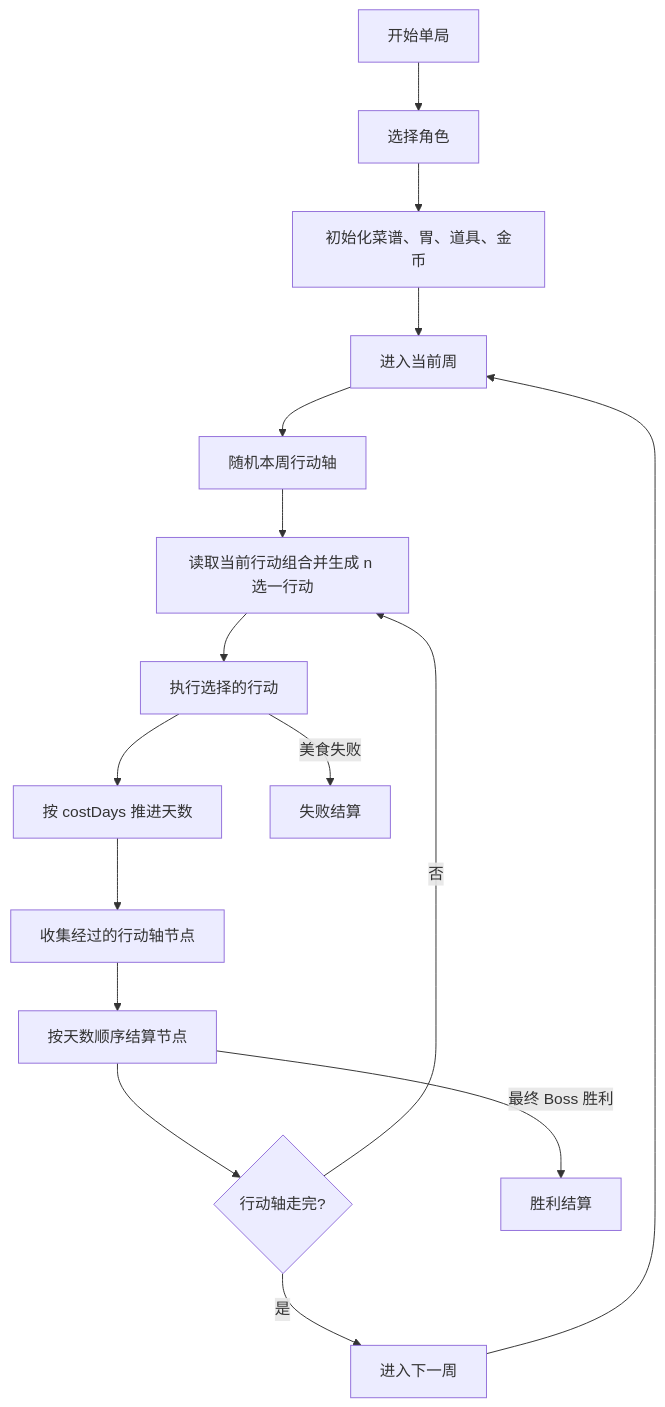
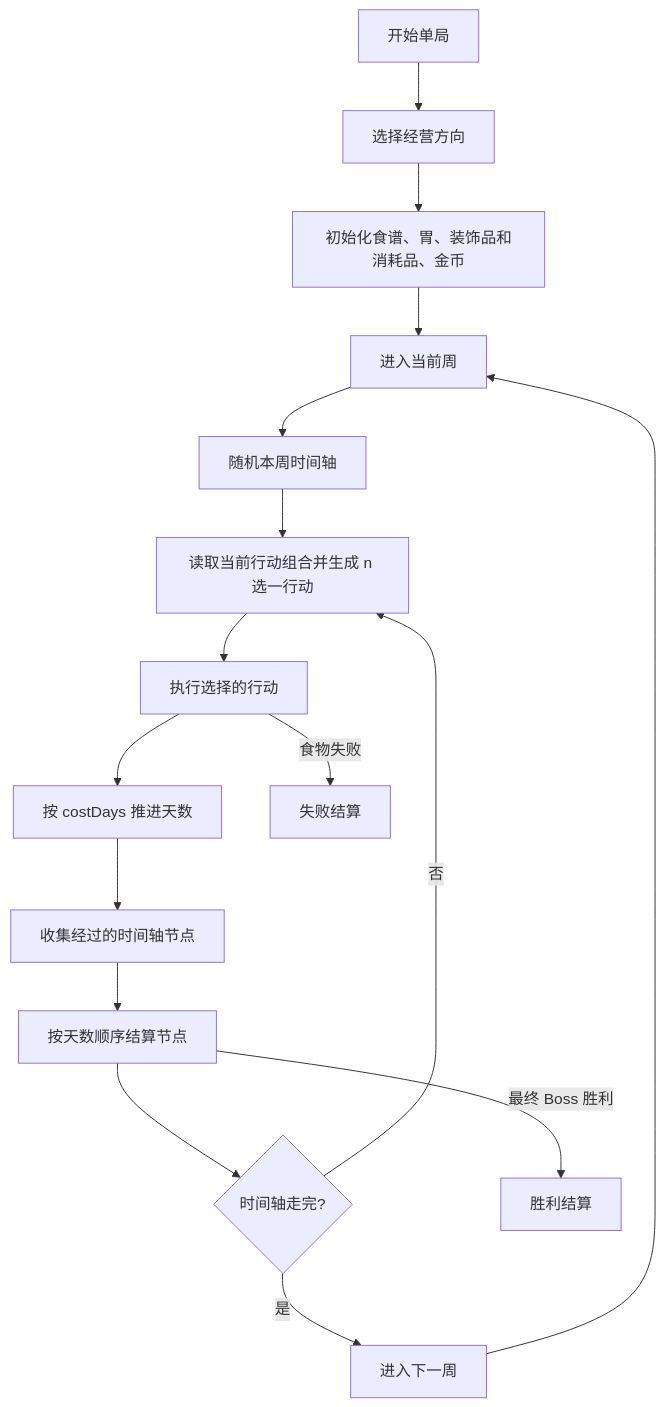
Before and after one commit to 2563495284/gourmetproject: the diagram in GourmetProject/docs/design/游戏设计/核心循环.md, drawn with Mermaid. The commit also changed other lines of this file and 709 other files, not shown here.

````diff
--- a/GourmetProject/docs/design/游戏设计/核心循环.md
+++ b/GourmetProject/docs/design/游戏设计/核心循环.md
@@ -24,18 +24,18 @@
 ```mermaid
 flowchart TD
-  StartRun["开始单局"] --> SelectCharacter["选择角色"]
-  SelectCharacter --> InitRun["初始化菜谱、胃、道具、金币"]
+  StartRun["开始单局"] --> SelectCharacter["选择经营方向"]
+  SelectCharacter --> InitRun["初始化食谱、胃、装饰品和消耗品、金币"]
   InitRun --> WeekStart["进入当前周"]
-  WeekStart --> RollTimeline["随机本周行动轴"]
+  WeekStart --> RollTimeline["随机本周时间轴"]
   RollTimeline --> ChooseAction["读取当前行动组合并生成 n 选一行动"]
   ChooseAction --> ExecuteAction["执行选择的行动"]
   ExecuteAction --> AdvanceDays["按 costDays 推进天数"]
-  AdvanceDays --> CollectNodes["收集经过的行动轴节点"]
+  AdvanceDays --> CollectNodes["收集经过的时间轴节点"]
   CollectNodes --> ResolveNodes["按天数顺序结算节点"]
-  ResolveNodes --> WeekFinished{"行动轴走完?"}
+  ResolveNodes --> WeekFinished{"时间轴走完?"}
   WeekFinished -->|"否"| ChooseAction
   WeekFinished -->|"是"| NextWeek["进入下一周"]
   NextWeek --> WeekStart
-  ExecuteAction -->|"美食失败"| Defeat["失败结算"]
+  ExecuteAction -->|"食物失败"| Defeat["失败结算"]
   ResolveNodes -->|"最终 Boss 胜利"| Victory["胜利结算"]
 ```
````
